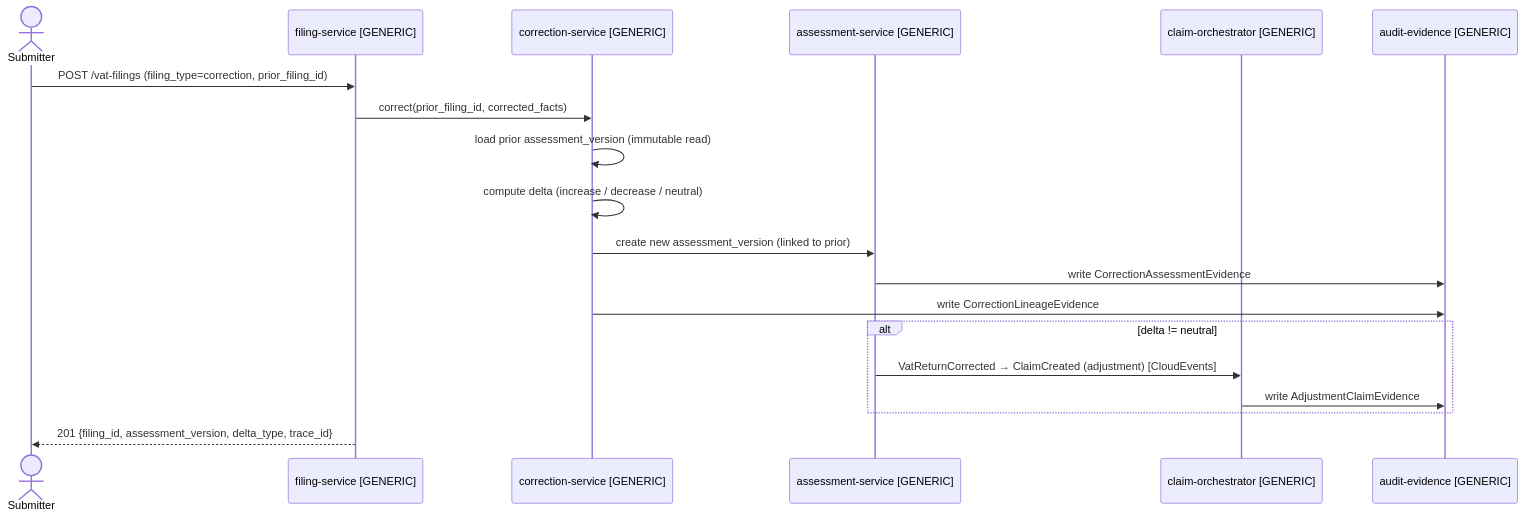
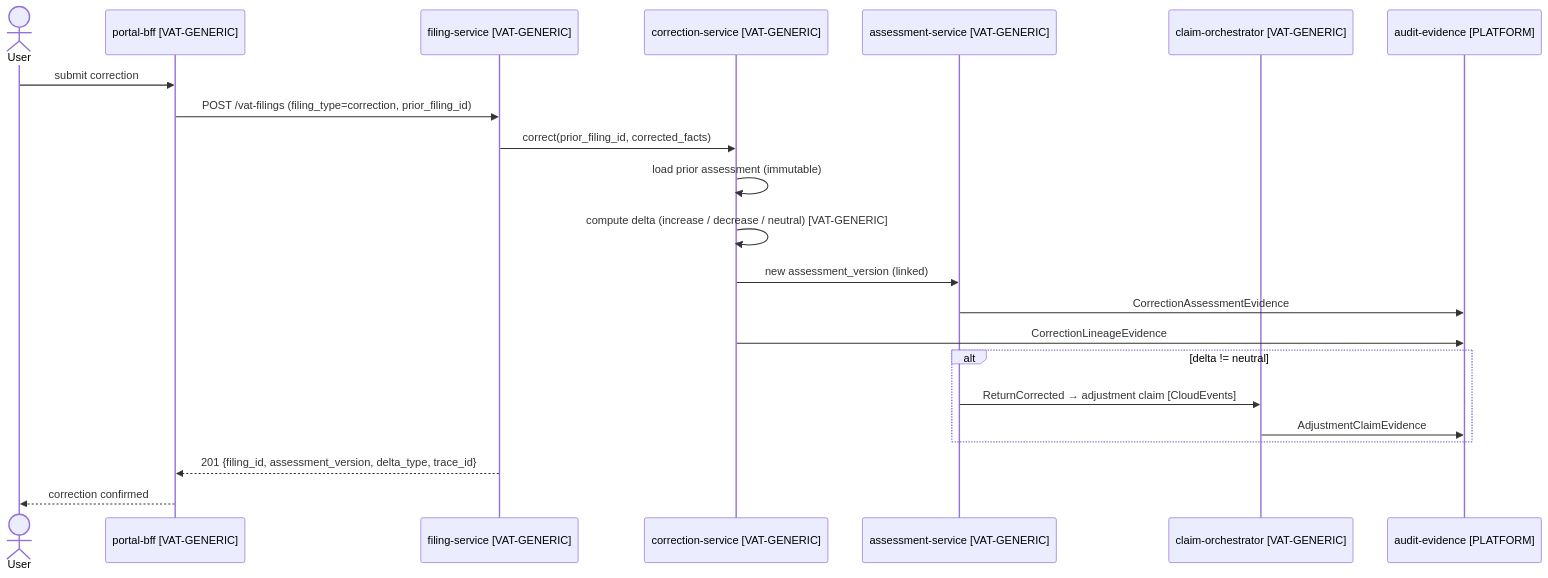
Before and after one commit to nc-tbi/VATRI-Codex: the ninth of 11 diagrams in design/01-vat-filing-assessment-solution-design.md, drawn with Mermaid. The commit also changed other lines of this file and 15 other files, not shown here.

First line of the commit message:
Add module interaction guide and update design to v1.2 with Portal BFF and 3-layer taxonomy

````diff
--- a/design/01-vat-filing-assessment-solution-design.md
+++ b/design/01-vat-filing-assessment-solution-design.md
@@ -270,22 +378,25 @@
 ```mermaid
 sequenceDiagram
-    actor Submitter
-    participant FS as filing-service [GENERIC]
-    participant CS as correction-service [GENERIC]
-    participant AS as assessment-service [GENERIC]
-    participant CO as claim-orchestrator [GENERIC]
-    participant AE as audit-evidence [GENERIC]
+    actor User
+    participant BFF as portal-bff [VAT-GENERIC]
+    participant FS as filing-service [VAT-GENERIC]
+    participant CS as correction-service [VAT-GENERIC]
+    participant AS as assessment-service [VAT-GENERIC]
+    participant CO as claim-orchestrator [VAT-GENERIC]
+    participant AE as audit-evidence [PLATFORM]
 
-    Submitter->>FS: POST /vat-filings (filing_type=correction, prior_filing_id)
+    User->>BFF: submit correction
+    BFF->>FS: POST /vat-filings (filing_type=correction, prior_filing_id)
     FS->>CS: correct(prior_filing_id, corrected_facts)
-    CS->>CS: load prior assessment_version (immutable read)
-    CS->>CS: compute delta (increase / decrease / neutral)
-    CS->>AS: create new assessment_version (linked to prior)
-    AS->>AE: write CorrectionAssessmentEvidence
-    CS->>AE: write CorrectionLineageEvidence
+    CS->>CS: load prior assessment (immutable)
+    CS->>CS: compute delta (increase / decrease / neutral) [VAT-GENERIC]
+    CS->>AS: new assessment_version (linked)
+    AS->>AE: CorrectionAssessmentEvidence
+    CS->>AE: CorrectionLineageEvidence
     alt delta != neutral
-        AS->>CO: VatReturnCorrected → ClaimCreated (adjustment) [CloudEvents]
-        CO->>AE: write AdjustmentClaimEvidence
+        AS->>CO: ReturnCorrected → adjustment claim [CloudEvents]
+        CO->>AE: AdjustmentClaimEvidence
     end
-    FS-->>Submitter: 201 {filing_id, assessment_version, delta_type, trace_id}
+    FS-->>BFF: 201 {filing_id, assessment_version, delta_type, trace_id}
+    BFF-->>User: correction confirmed
 ```
````
